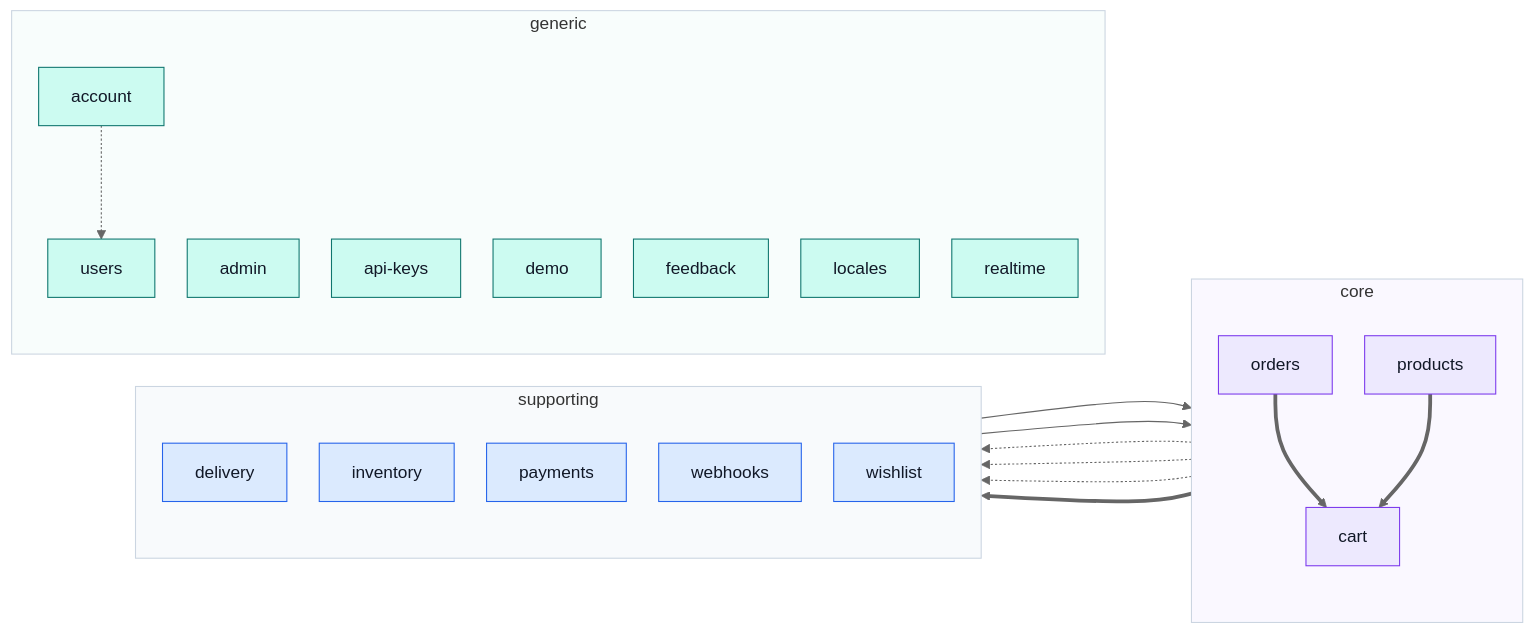
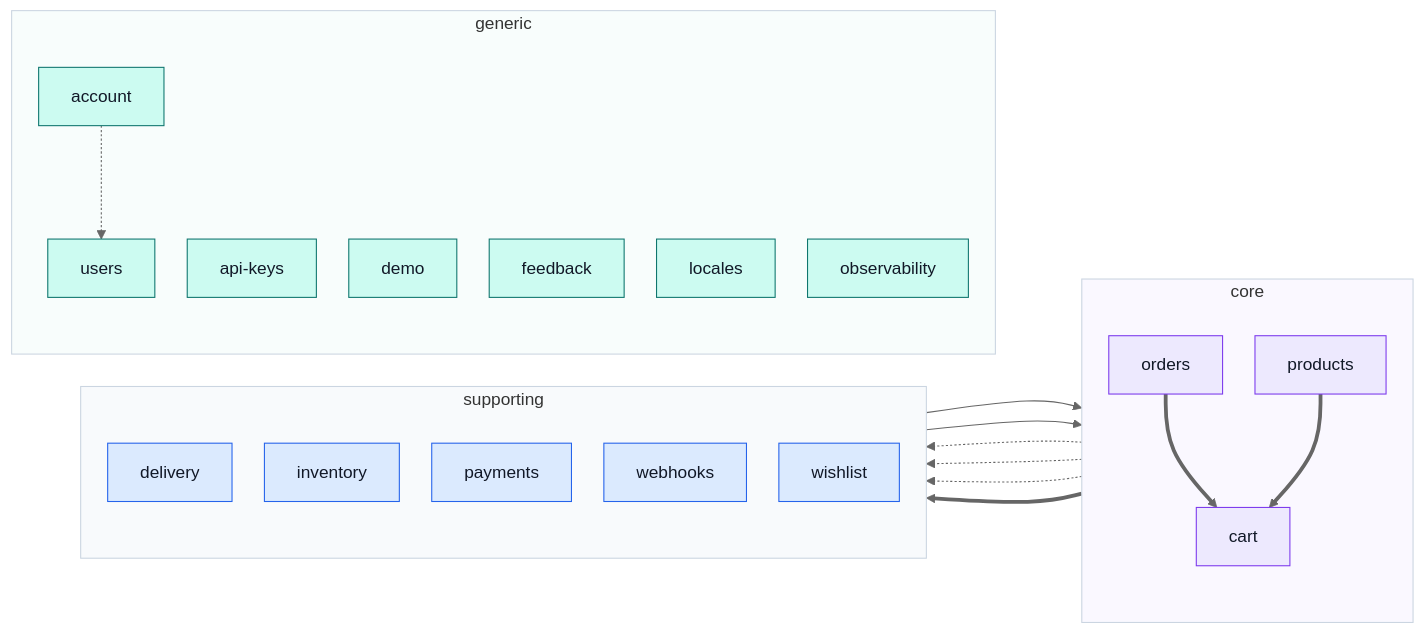
Before and after one commit to Guebbit/boilerplate-vue-frontend: the diagram in docs/modules/index.md, drawn with Mermaid (neutral theme). The commit also changed other lines of this file and 75 other files, not shown here.

First line of the commit message:
refactor(observability): fold admin and realtime into one observability module

````diff
--- a/docs/modules/index.md
+++ b/docs/modules/index.md
@@ -34,48 +34,47 @@
 ```mermaid
 %%{init: {'flowchart': {'nodeSpacing': 30, 'rankSpacing': 80}}}%%
 flowchart LR
     subgraph CORE["core"]
         direction TB
         cart["cart"]
         orders["orders"]
         products["products"]
     end
     subgraph SUPPORTING["supporting"]
         direction TB
         delivery["delivery"]
         inventory["inventory"]
         payments["payments"]
         webhooks["webhooks"]
         wishlist["wishlist"]
     end
     subgraph GENERIC["generic"]
         direction TB
         account["account"]
-        admin["admin"]
         apiKeys["api-keys"]
         demo["demo"]
         feedback["feedback"]
         locales["locales"]
-        realtime["realtime"]
+        observability["observability"]
         users["users"]
     end
     account -.-> users
     cart -.-> delivery
     inventory --> products
     orders ==> cart
     orders -.-> delivery
     orders -.-> payments
     products ==> cart
     products ==> wishlist
     wishlist --> cart
 
     classDef core fill:#ede9fe,stroke:#7c3aed,color:#111827;
     classDef supporting fill:#dbeafe,stroke:#2563eb,color:#111827;
     classDef generic fill:#ccfbf1,stroke:#0f766e,color:#111827;
     class cart,orders,products core;
     class delivery,inventory,payments,webhooks,wishlist supporting;
-    class account,admin,apiKeys,demo,feedback,locales,realtime,users generic;
+    class account,apiKeys,demo,feedback,locales,observability,users generic;
     style CORE fill:#faf8ff,stroke:#cbd5e1
     style SUPPORTING fill:#f8fafc,stroke:#cbd5e1
     style GENERIC fill:#f8fdfc,stroke:#cbd5e1
 ```
````
